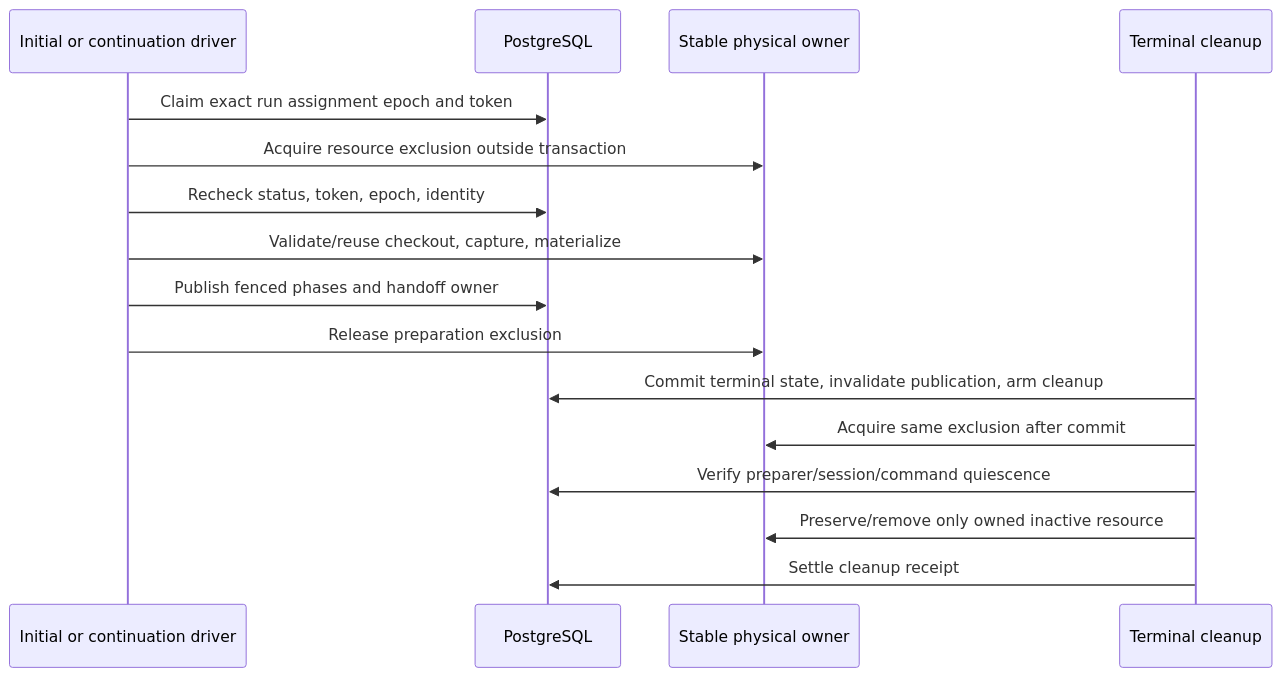
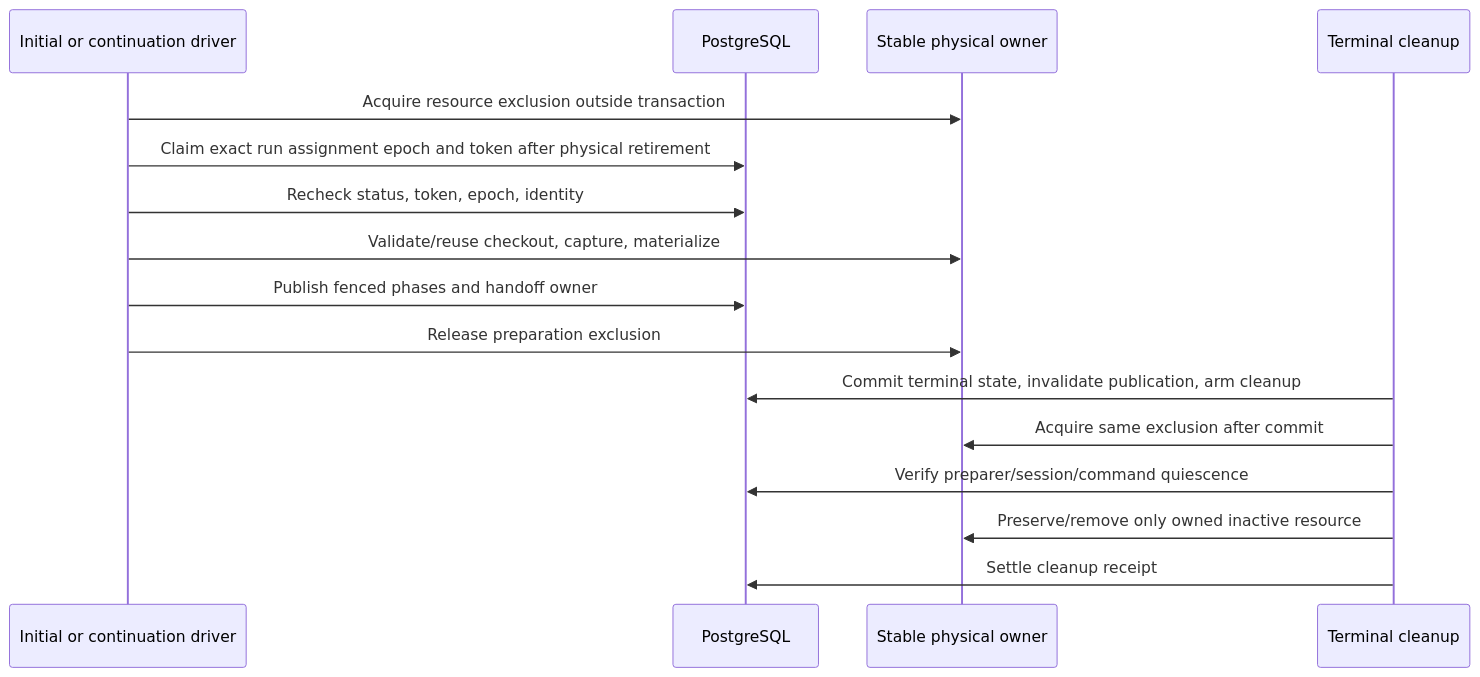
The second of 2 diagrams in docs/system-analytics/agent-preparation.md (maister-dev/maister), drawn with Mermaid before and after one commit. The commit also changed other lines of this file and 27 other files, not shown here.

````diff
--- a/docs/system-analytics/agent-preparation.md
+++ b/docs/system-analytics/agent-preparation.md
@@ -43,18 +43,18 @@
 ```mermaid
 sequenceDiagram
   participant L as Initial or continuation driver
   participant D as PostgreSQL
   participant P as Stable physical owner
   participant C as Terminal cleanup
-  L->>D: Claim exact run assignment epoch and token
   L->>P: Acquire resource exclusion outside transaction
+  L->>D: Claim exact run assignment epoch and token after physical retirement
   L->>D: Recheck status, token, epoch, identity
   L->>P: Validate/reuse checkout, capture, materialize
   L->>D: Publish fenced phases and handoff owner
   L->>P: Release preparation exclusion
   C->>D: Commit terminal state, invalidate publication, arm cleanup
   C->>P: Acquire same exclusion after commit
   C->>D: Verify preparer/session/command quiescence
   C->>P: Preserve/remove only owned inactive resource
   C->>D: Settle cleanup receipt
 ```
````
